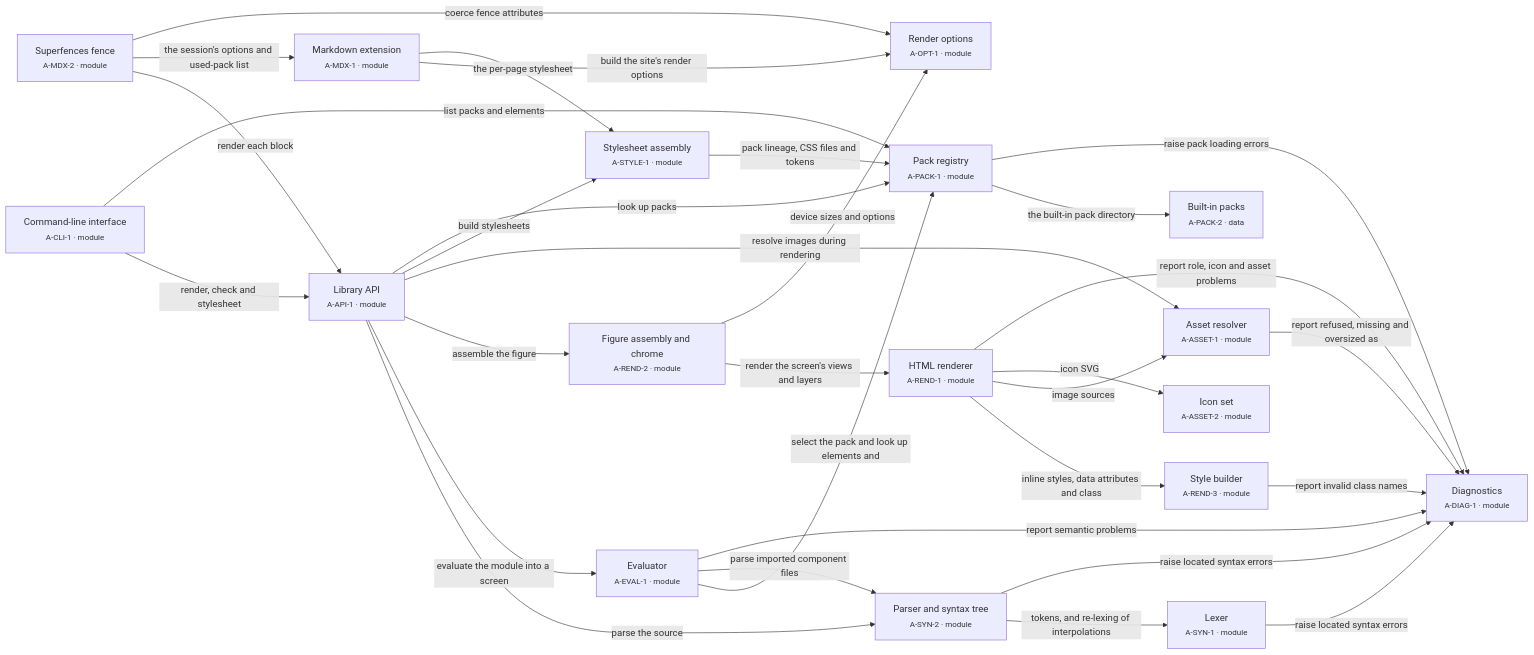
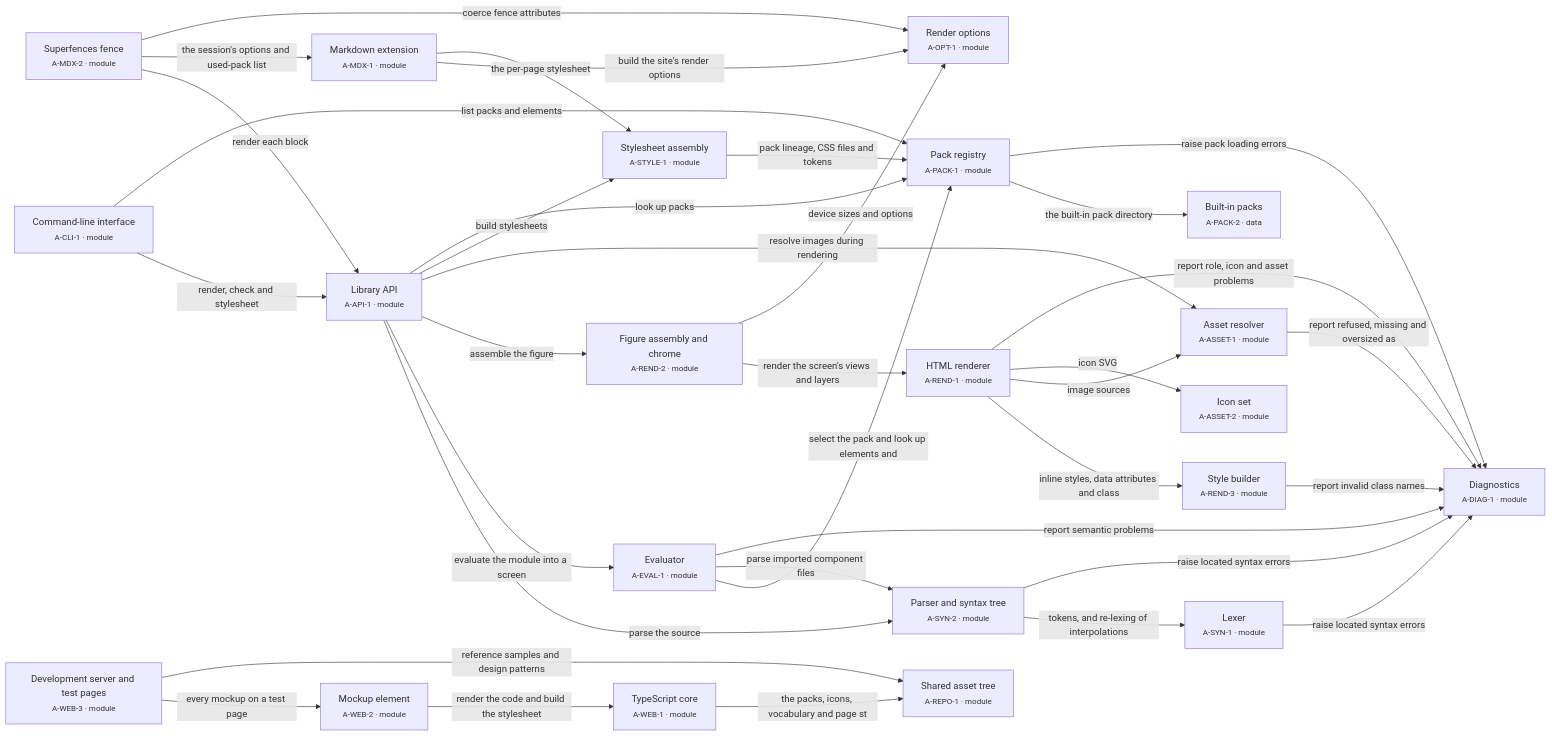
The diagram in docs/specification/architecture/core.md (bbogovich/mockitdown), drawn with Mermaid before and after one commit. The commit also changed 90 other files, not shown here.

First line of the commit message:
define and specify: TypeScript web components beside the Python library — python/, typescript/, shared/; F-16–F-20, R-REPO-001–004, R-WEB-001–005, ADR-17–20 (definition 0.5.0, specification 0.6.0) (#1)

````diff
--- a/docs/specification/architecture/core.md
+++ b/docs/specification/architecture/core.md
@@ -13,50 +13,58 @@
 ```mermaid
 flowchart LR
   A_API_1["Library API<br/><small>A-API-1 · module</small>"]
   A_ASSET_1["Asset resolver<br/><small>A-ASSET-1 · module</small>"]
   A_ASSET_2["Icon set<br/><small>A-ASSET-2 · module</small>"]
   A_CLI_1["Command-line interface<br/><small>A-CLI-1 · module</small>"]
   A_DIAG_1["Diagnostics<br/><small>A-DIAG-1 · module</small>"]
   A_EVAL_1["Evaluator<br/><small>A-EVAL-1 · module</small>"]
   A_MDX_1["Markdown extension<br/><small>A-MDX-1 · module</small>"]
   A_MDX_2["Superfences fence<br/><small>A-MDX-2 · module</small>"]
   A_OPT_1["Render options<br/><small>A-OPT-1 · module</small>"]
   A_PACK_1["Pack registry<br/><small>A-PACK-1 · module</small>"]
   A_PACK_2["Built-in packs<br/><small>A-PACK-2 · data</small>"]
   A_REND_1["HTML renderer<br/><small>A-REND-1 · module</small>"]
   A_REND_2["Figure assembly and chrome<br/><small>A-REND-2 · module</small>"]
   A_REND_3["Style builder<br/><small>A-REND-3 · module</small>"]
+  A_REPO_1["Shared asset tree<br/><small>A-REPO-1 · module</small>"]
   A_STYLE_1["Stylesheet assembly<br/><small>A-STYLE-1 · module</small>"]
   A_SYN_1["Lexer<br/><small>A-SYN-1 · module</small>"]
   A_SYN_2["Parser and syntax tree<br/><small>A-SYN-2 · module</small>"]
+  A_WEB_1["TypeScript core<br/><small>A-WEB-1 · module</small>"]
+  A_WEB_2["Mockup element<br/><small>A-WEB-2 · module</small>"]
+  A_WEB_3["Development server and test pages<br/><small>A-WEB-3 · module</small>"]
   A_API_1 -->|"parse the source"| A_SYN_2
   A_API_1 -->|"evaluate the module into a screen"| A_EVAL_1
   A_API_1 -->|"assemble the figure"| A_REND_2
   A_API_1 -->|"resolve images during rendering"| A_ASSET_1
   A_API_1 -->|"build stylesheets"| A_STYLE_1
   A_API_1 -->|"look up packs"| A_PACK_1
   A_ASSET_1 -->|"report refused, missing and oversized as"| A_DIAG_1
   A_CLI_1 -->|"render, check and stylesheet"| A_API_1
   A_CLI_1 -->|"list packs and elements"| A_PACK_1
   A_EVAL_1 -->|"select the pack and look up elements and"| A_PACK_1
   A_EVAL_1 -->|"parse imported component files"| A_SYN_2
   A_EVAL_1 -->|"report semantic problems"| A_DIAG_1
   A_MDX_1 -->|"build the site's render options"| A_OPT_1
   A_MDX_1 -->|"the per-page stylesheet"| A_STYLE_1
   A_MDX_2 -->|"render each block"| A_API_1
   A_MDX_2 -->|"the session's options and used-pack list"| A_MDX_1
   A_MDX_2 -->|"coerce fence attributes"| A_OPT_1
   A_PACK_1 -->|"the built-in pack directory"| A_PACK_2
   A_PACK_1 -->|"raise pack loading errors"| A_DIAG_1
   A_REND_1 -->|"inline styles, data attributes and class"| A_REND_3
   A_REND_1 -->|"image sources"| A_ASSET_1
   A_REND_1 -->|"icon SVG"| A_ASSET_2
   A_REND_1 -->|"report role, icon and asset problems"| A_DIAG_1
   A_REND_2 -->|"render the screen's views and layers"| A_REND_1
   A_REND_2 -->|"device sizes and options"| A_OPT_1
   A_REND_3 -->|"report invalid class names"| A_DIAG_1
   A_STYLE_1 -->|"pack lineage, CSS files and tokens"| A_PACK_1
   A_SYN_1 -->|"raise located syntax errors"| A_DIAG_1
   A_SYN_2 -->|"tokens, and re-lexing of interpolations"| A_SYN_1
   A_SYN_2 -->|"raise located syntax errors"| A_DIAG_1
+  A_WEB_1 -->|"the packs, icons, vocabulary and page st"| A_REPO_1
+  A_WEB_2 -->|"render the code and build the stylesheet"| A_WEB_1
+  A_WEB_3 -->|"every mockup on a test page"| A_WEB_2
+  A_WEB_3 -->|"reference samples and design patterns"| A_REPO_1
 ```
````
